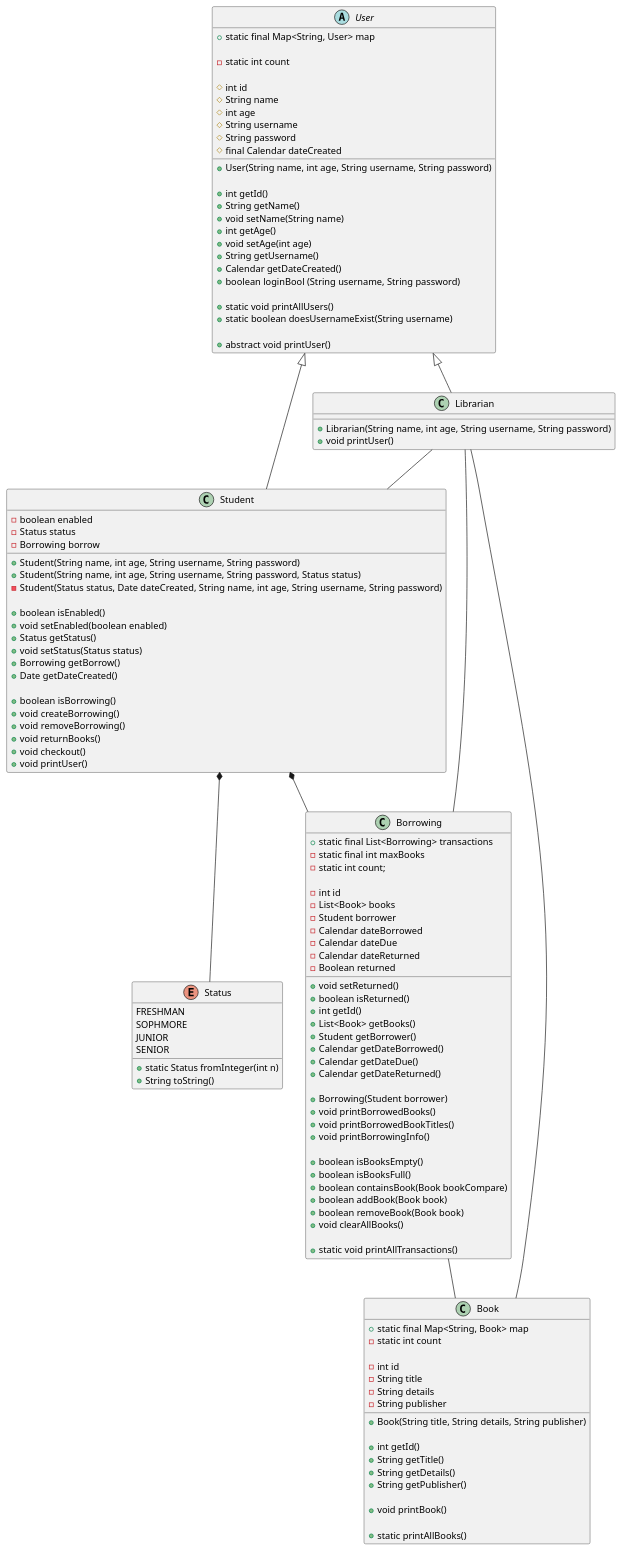
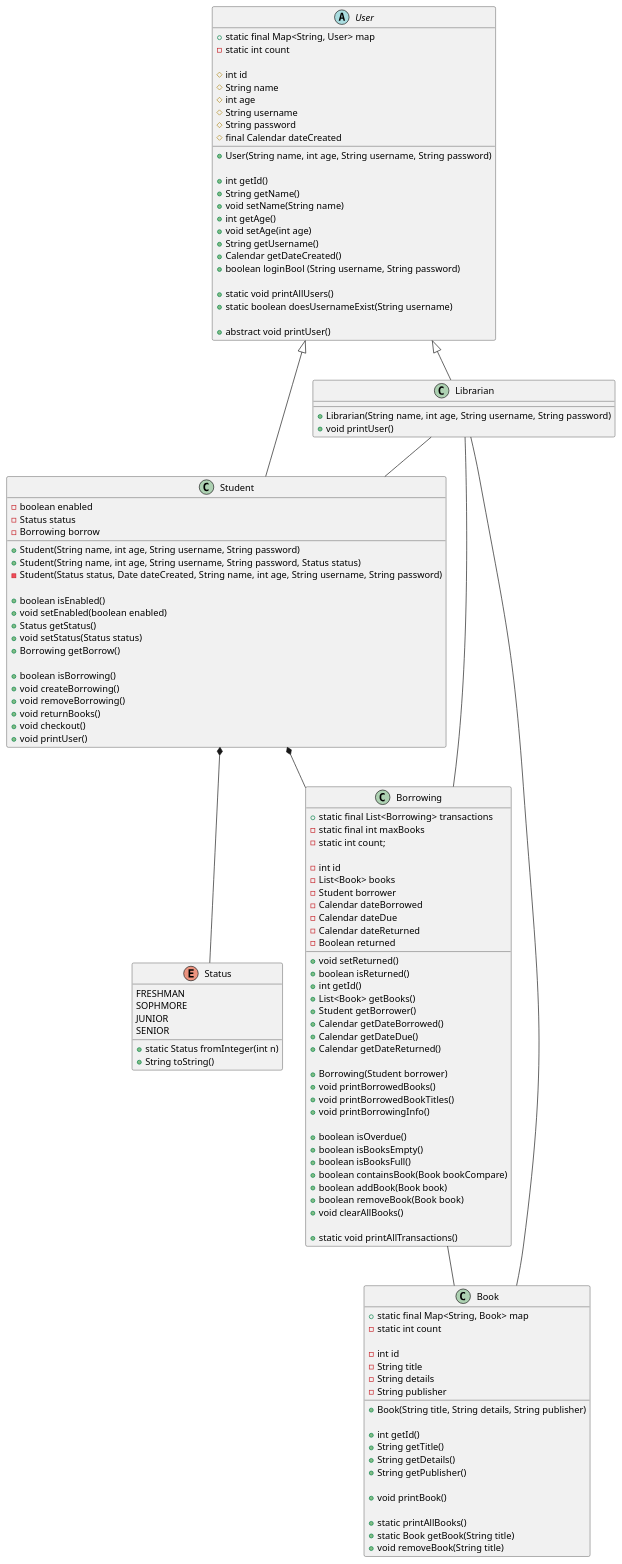
The diagram in UML.puml (drumman22/COP3330-Group-Project), drawn with PlantUML before and after one commit. The commit also changed 9 other files, not shown here.

```diff
--- a/UML.puml
+++ b/UML.puml
@@ -1,137 +1,138 @@
 @startuml
 abstract User {
     + static final Map<String, User> map
-
     - static int count
 
     # int id
     # String name
     # int age
     # String username
     # String password
     # final Calendar dateCreated
 
     + User(String name, int age, String username, String password)
 
     + int getId()
     + String getName()
     + void setName(String name)
     + int getAge()
     + void setAge(int age)
     + String getUsername()
     + Calendar getDateCreated()
     + boolean loginBool (String username, String password)
 
     + static void printAllUsers()
     + static boolean doesUsernameExist(String username)
 
     + abstract void printUser()
 }
 
 class Librarian {
     + Librarian(String name, int age, String username, String password)
     + void printUser()
 }
 
 class Student {
     - boolean enabled
     - Status status
     - Borrowing borrow
 
     + Student(String name, int age, String username, String password)
     + Student(String name, int age, String username, String password, Status status)
     - Student(Status status, Date dateCreated, String name, int age, String username, String password)
 
     + boolean isEnabled()
     + void setEnabled(boolean enabled)
     + Status getStatus()
     + void setStatus(Status status)
     + Borrowing getBorrow()
-    + Date getDateCreated()
 
     + boolean isBorrowing()
     + void createBorrowing()
     + void removeBorrowing()
     + void returnBooks()
     + void checkout()
     + void printUser()
 }
 
 enum Status {
         FRESHMAN
         SOPHMORE
         JUNIOR
         SENIOR
 
         + static Status fromInteger(int n)
         + String toString()
 }
 
 class Borrowing {
     + static final List<Borrowing> transactions
     - static final int maxBooks
     - static int count;
 
     - int id
     - List<Book> books
     - Student borrower
     - Calendar dateBorrowed
     - Calendar dateDue
     - Calendar dateReturned
     - Boolean returned
 
     + void setReturned()
     + boolean isReturned()
     + int getId()
     + List<Book> getBooks()
     + Student getBorrower()
     + Calendar getDateBorrowed()
     + Calendar getDateDue()
     + Calendar getDateReturned()
 
     + Borrowing(Student borrower)
     + void printBorrowedBooks()
     + void printBorrowedBookTitles()
     + void printBorrowingInfo()
 
+    + boolean isOverdue()
     + boolean isBooksEmpty()
     + boolean isBooksFull()
     + boolean containsBook(Book bookCompare)
     + boolean addBook(Book book)
     + boolean removeBook(Book book)
     + void clearAllBooks()
 
     + static void printAllTransactions()
 }
 
 class Book {
     + static final Map<String, Book> map
     - static int count
 
     - int id
     - String title
     - String details
     - String publisher
 
     + Book(String title, String details, String publisher)
 
     + int getId()
     + String getTitle()
     + String getDetails()
     + String getPublisher()
 
     + void printBook()
 
     + static printAllBooks()
+    + static Book getBook(String title)
+    + void removeBook(String title)
 }
 
 User <|-- Student
 User <|-- Librarian
 Student *-- Status
 Student *-- Borrowing
 Borrowing -- Librarian
 Borrowing -- Book
 Librarian -- Student
 Book -- Librarian
 
 @enduml
```
